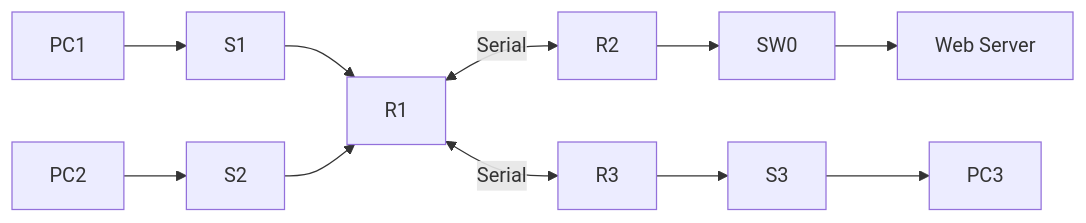
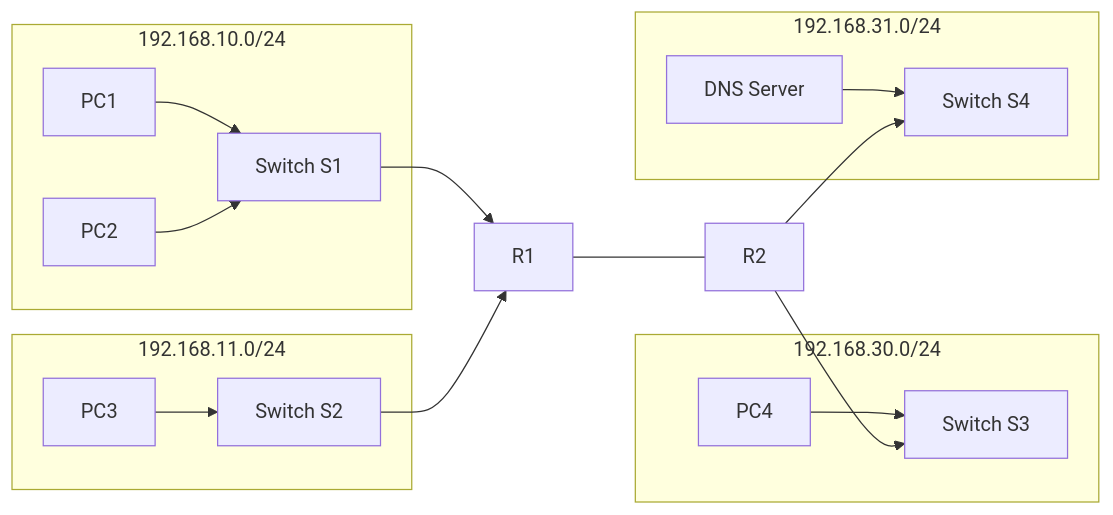
The diagram in Week9.md (QALECTURE/COM398), drawn with Mermaid before and after one commit. The commit also changed other lines of this file, not shown here.

````diff
--- a/Week9.md
+++ b/Week9.md
@@ -22,9 +66,37 @@
 ```mermaid
 flowchart LR
-PC1 --> S1 --> R1
-PC2 --> S2 --> R1
-R1 <-- Serial --> R2
-R1 <-- Serial --> R3
-R2 --> SW0 --> WEB[Web Server]
-R3 --> S3 --> PC3
+
+subgraph LAN1["192.168.10.0/24"]
+PC1[PC1]
+PC2[PC2]
+S1[Switch S1]
+PC1 --> S1
+PC2 --> S1
+end
+
+subgraph LAN2["192.168.11.0/24"]
+PC3[PC3]
+S2[Switch S2]
+PC3 --> S2
+end
+
+subgraph LAN3["192.168.30.0/24"]
+PC4[PC4]
+S3[Switch S3]
+PC4 --> S3
+end
+
+subgraph LAN4["192.168.31.0/24"]
+DNS[DNS Server]
+S4[Switch S4]
+DNS --> S4
+end
+
+S1 --> R1
+S2 --> R1
+
+R1 --- R2
+
+R2 --> S3
+R2 --> S4
 ```
````
